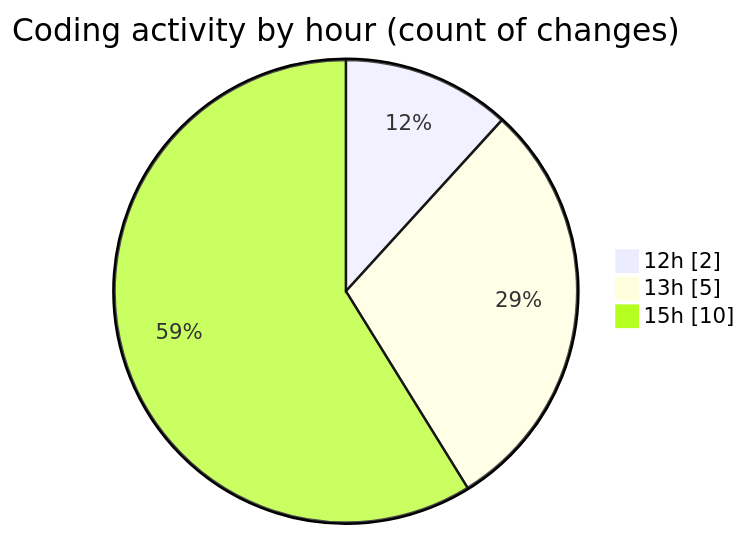
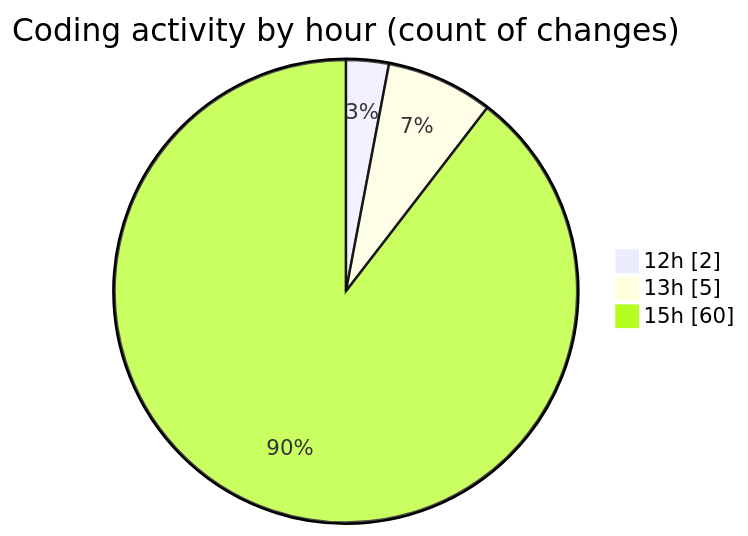
One commit to EIIisD/code-tracking changed the second of 2 diagrams in 2025-07-12/fish/README.md. Above: the diagram before and after it, drawn with Mermaid. The commit also changed other lines of this file and 1 other file, not shown here.

````diff
--- a/2025-07-12/fish/README.md
+++ b/2025-07-12/fish/README.md
@@ -34,7 +56,7 @@
 ```mermaid
 pie showData
 title Coding activity by hour (count of changes)
 "12h" : 2
 "13h" : 5
-"15h" : 10
+"15h" : 60
 ```
````
